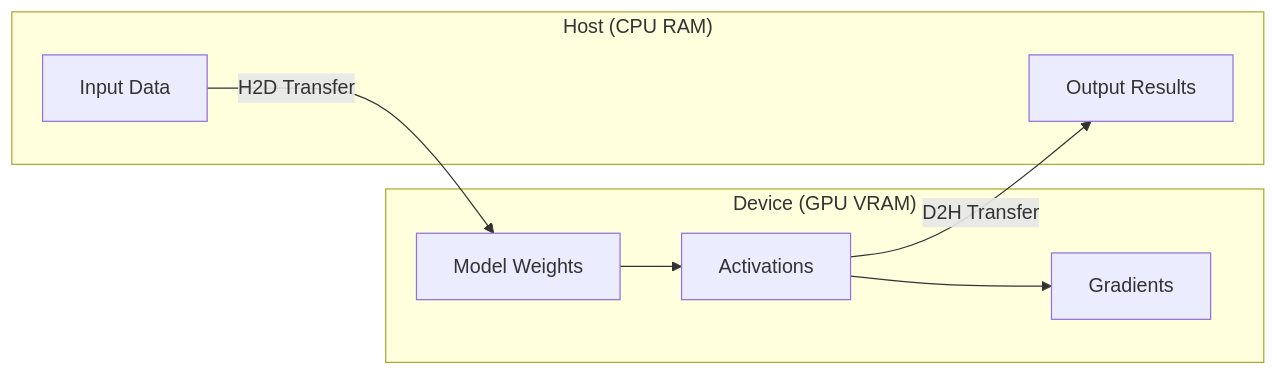
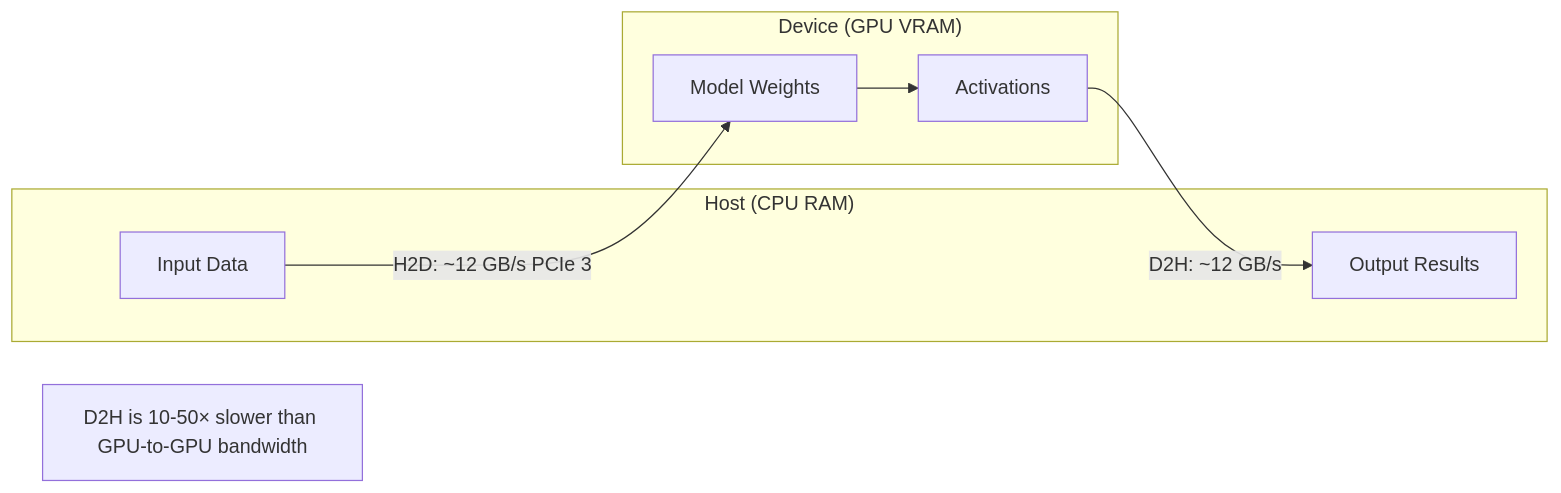
One commit to Leito2/Learning changed the diagram in SW-ML-AI Engineering/14 - Rust Engineering/07 - Candle Advanced Patterns/02 - GPU Acceleration and Device Abstraction.md. Above: the diagram before and after it, drawn with Mermaid. The commit also changed other lines of this file and 123 other files, not shown here.

````diff
--- a/SW-ML-AI Engineering/14 - Rust Engineering/07 - Candle Advanced Patterns/02 - GPU Acceleration and Device Abstraction.md
+++ b/SW-ML-AI Engineering/14 - Rust Engineering/07 - Candle Advanced Patterns/02 - GPU Acceleration and Device Abstraction.md
@@ -186,16 +126,15 @@
 ```mermaid
 flowchart LR
     subgraph Host["Host (CPU RAM)"]
         H1[Input Data]
         H2[Output Results]
     end
     subgraph Device["Device (GPU VRAM)"]
         D1[Model Weights]
         D2[Activations]
-        D3[Gradients]
     end
-    H1 -->|H2D Transfer| D1
+    H1 -->|H2D: ~12 GB/s PCIe 3| D1
     D1 --> D2
-    D2 --> D3
-    D2 -->|D2H Transfer| H2
+    D2 -->|D2H: ~12 GB/s| H2
+    note[D2H is 10-50× slower than GPU-to-GPU bandwidth]
 ```
````
